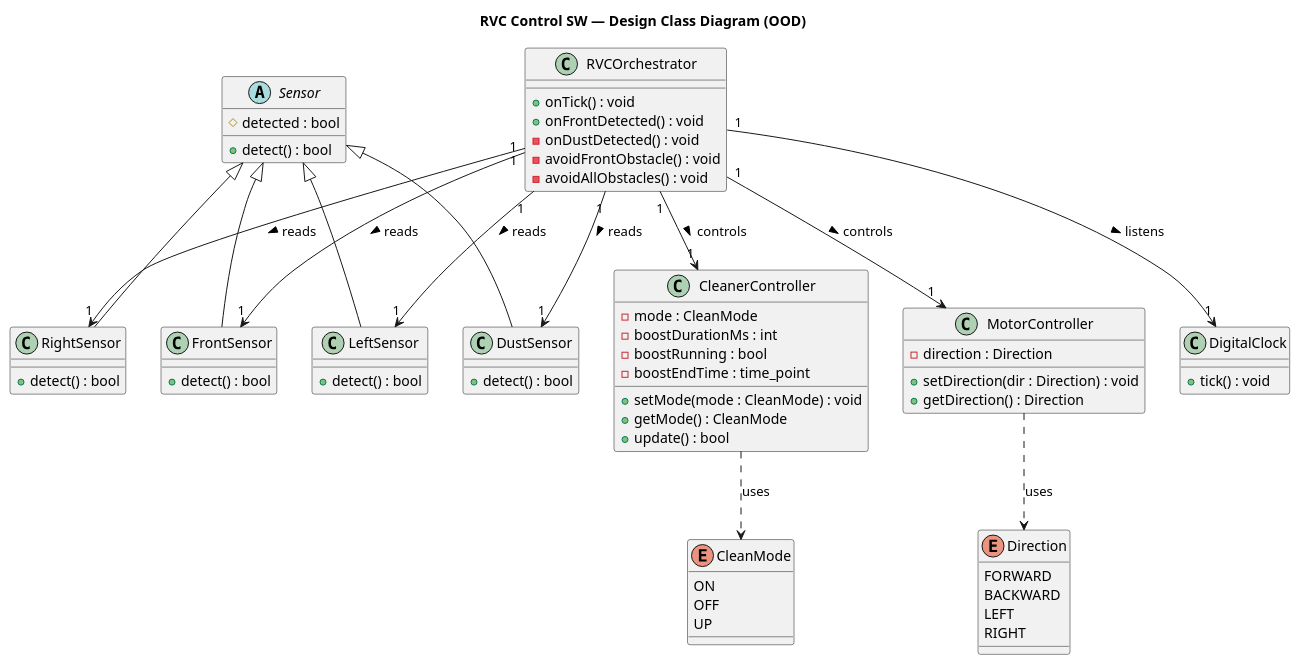
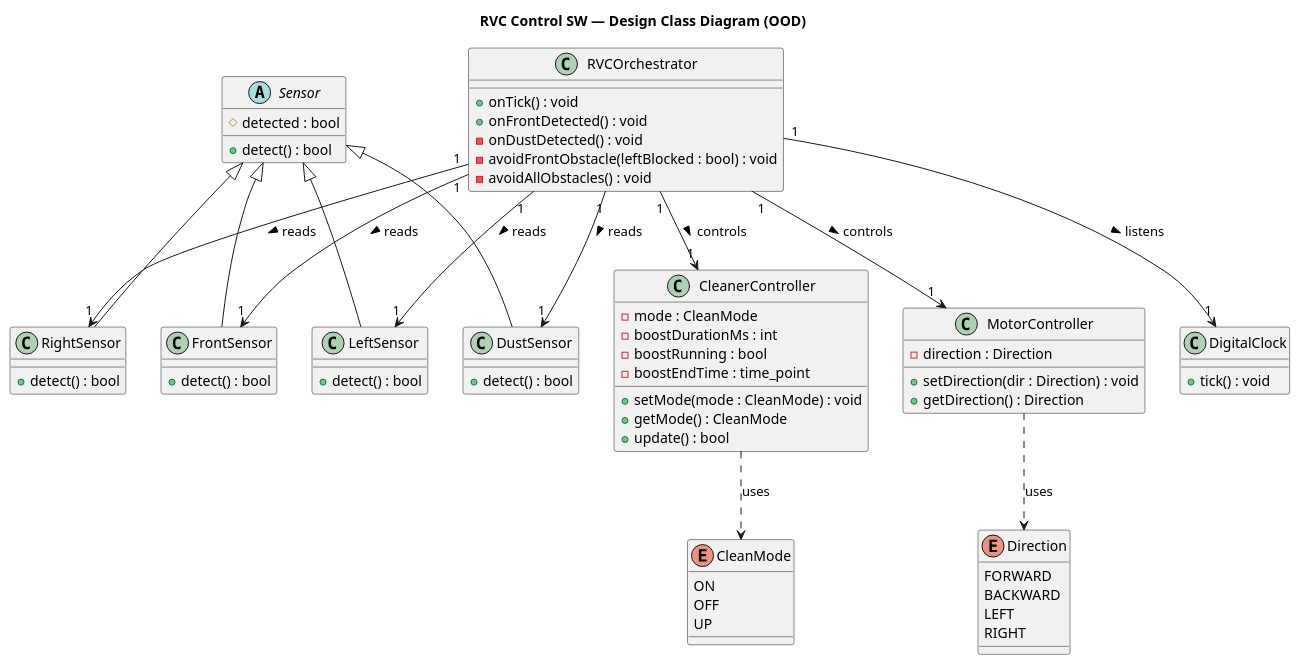
The diagram in docs/vibe-coding/03-ood/class-diagram.mdx (OOP-konkuk/CICD-Team7), drawn with PlantUML before and after one commit. The commit also changed 4 other files, not shown here.

```diff
--- a/docs/vibe-coding/03-ood/class-diagram.mdx
+++ b/docs/vibe-coding/03-ood/class-diagram.mdx
@@ -85,7 +85,7 @@
   + onTick() : void
   + onFrontDetected() : void
   - onDustDetected() : void
-  - avoidFrontObstacle() : void
+  - avoidFrontObstacle(leftBlocked : bool) : void
   - avoidAllObstacles() : void
 }
 
```
